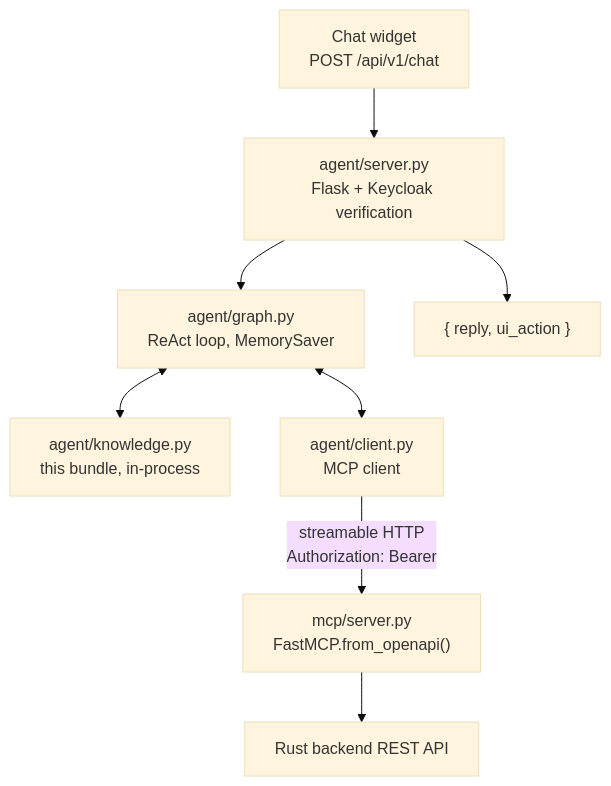
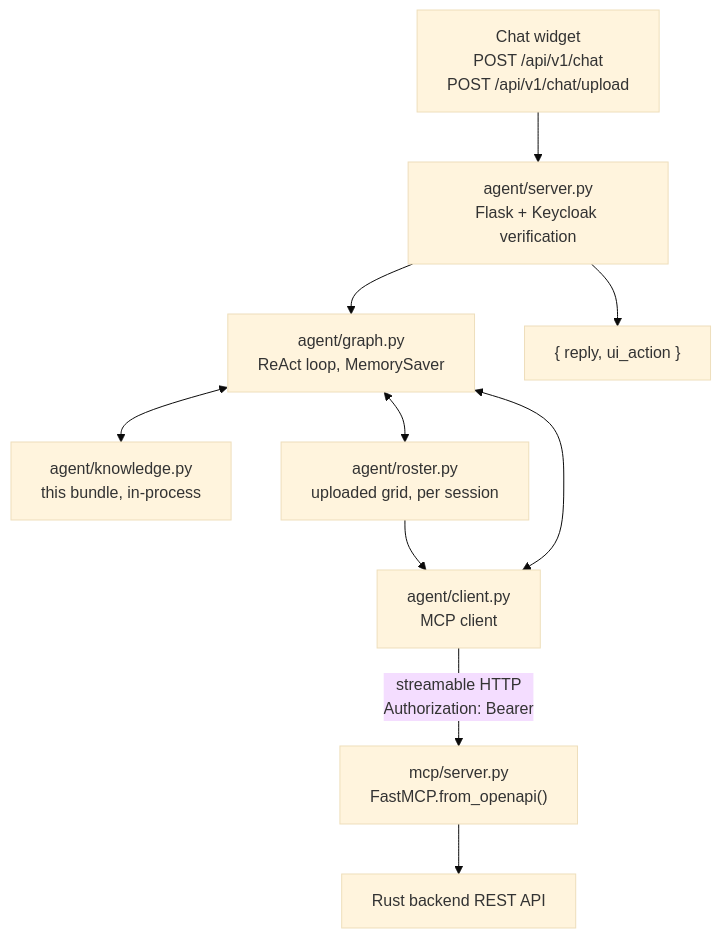
The diagram in docs/knowledge/architecture/agent-and-mcp-service.md (uid09552/shift), drawn with Mermaid (base theme) before and after one commit. The commit also changed other lines of this file and 20 other files, not shown here.

````diff
--- a/docs/knowledge/architecture/agent-and-mcp-service.md
+++ b/docs/knowledge/architecture/agent-and-mcp-service.md
@@ -38,10 +43,12 @@
 ```mermaid
 flowchart TB
-    W["Chat widget<br/>POST /api/v1/chat"] --> S["agent/server.py<br/>Flask + Keycloak verification"]
+    W["Chat widget<br/>POST /api/v1/chat<br/>POST /api/v1/chat/upload"] --> S["agent/server.py<br/>Flask + Keycloak verification"]
     S --> G["agent/graph.py<br/>ReAct loop, MemorySaver"]
     G <--> K["agent/knowledge.py<br/>this bundle, in-process"]
+    G <--> D["agent/roster.py<br/>uploaded grid, per session"]
+    D --> C
     G <--> C["agent/client.py<br/>MCP client"]
     C -->|"streamable HTTP<br/>Authorization: Bearer"| M["mcp/server.py<br/>FastMCP.from_openapi()"]
     M --> B["Rust backend REST API"]
     S --> R["{ reply, ui_action }"]
 ```
````
